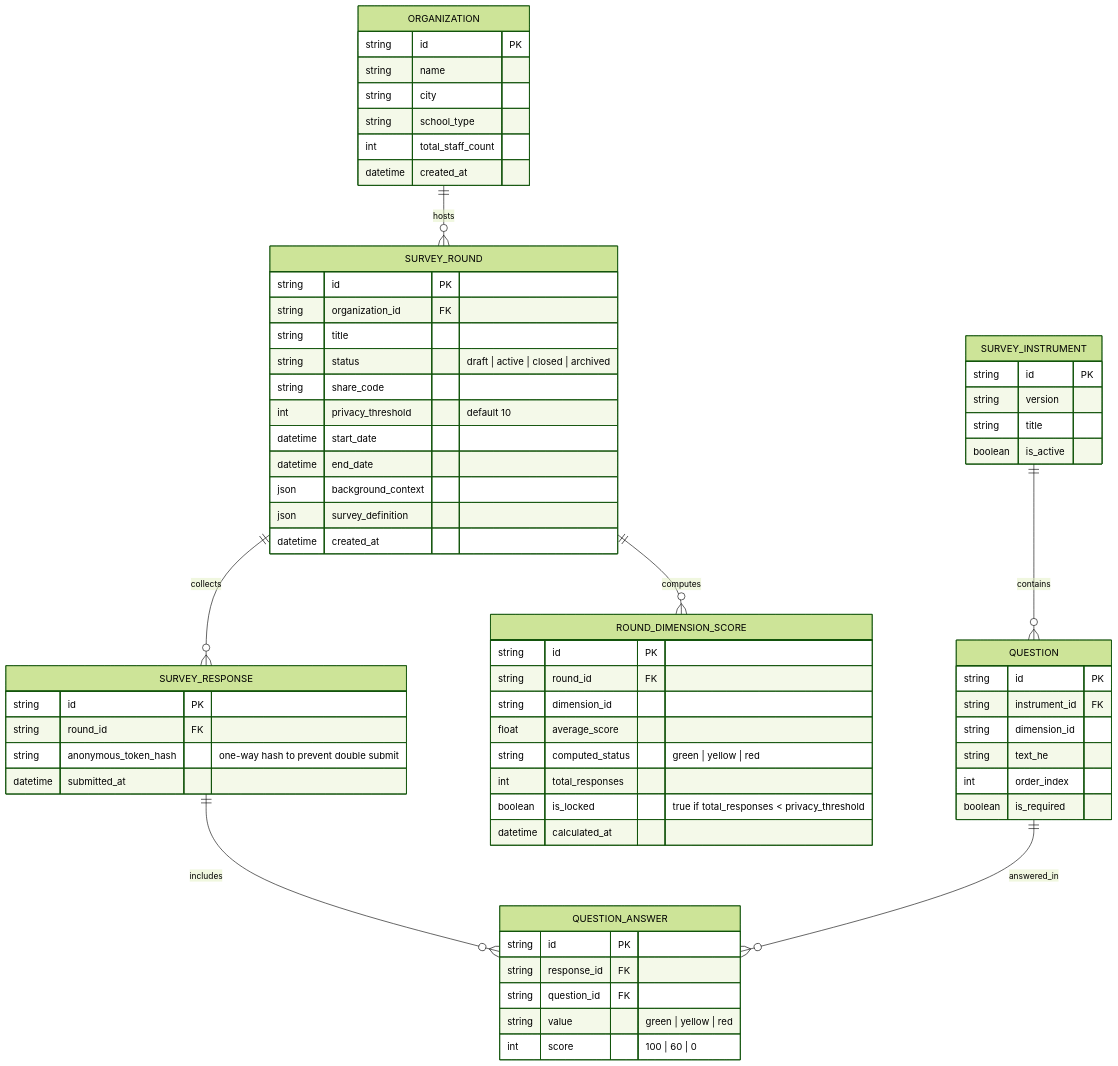
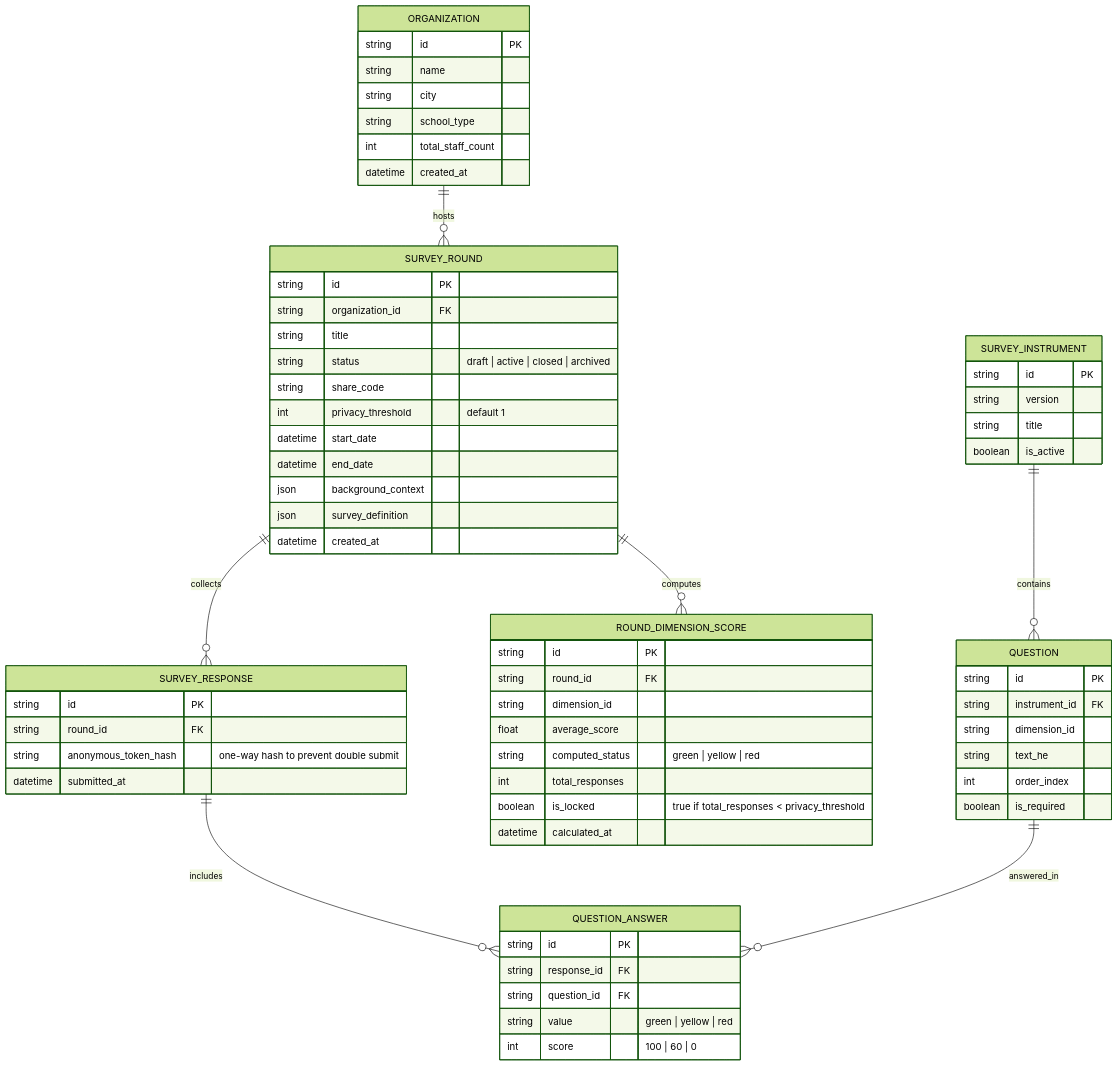
The diagram in docs/data-layer-and-backend-plan.md (shteynu/shalomut-map-demo), drawn with Mermaid (forest theme) before and after one commit. The commit also changed 59 other files, not shown here.

First line of the commit message:
feat: one-shot AI dispatch, empty-draft builder, contract 4.0 switch, privacy threshold 1 everywhere

````diff
--- a/docs/data-layer-and-backend-plan.md
+++ b/docs/data-layer-and-backend-plan.md
@@ -46,74 +46,74 @@
 ```mermaid
 erDiagram
     ORGANIZATION ||--o{ SURVEY_ROUND : hosts
     SURVEY_ROUND ||--o{ SURVEY_RESPONSE : collects
     SURVEY_ROUND ||--o{ ROUND_DIMENSION_SCORE : computes
     SURVEY_INSTRUMENT ||--o{ QUESTION : contains
     SURVEY_RESPONSE ||--o{ QUESTION_ANSWER : includes
     QUESTION ||--o{ QUESTION_ANSWER : answered_in
 
     ORGANIZATION {
         string id PK
         string name
         string city
         string school_type
         int total_staff_count
         datetime created_at
     }
 
     SURVEY_ROUND {
         string id PK
         string organization_id FK
         string title
         string status "draft | active | closed | archived"
         string share_code
-        int privacy_threshold "default 10"
+        int privacy_threshold "default 1"
         datetime start_date
         datetime end_date
         json background_context
         json survey_definition
         datetime created_at
     }
 
     SURVEY_INSTRUMENT {
         string id PK
         string version
         string title
         boolean is_active
     }
 
     QUESTION {
         string id PK
         string instrument_id FK
         string dimension_id
         string text_he
         int order_index
         boolean is_required
     }
 
     SURVEY_RESPONSE {
         string id PK
         string round_id FK
         string anonymous_token_hash "one-way hash to prevent double submit"
         datetime submitted_at
     }
 
     QUESTION_ANSWER {
         string id PK
         string response_id FK
         string question_id FK
         string value "green | yellow | red"
         int score "100 | 60 | 0"
     }
 
     ROUND_DIMENSION_SCORE {
         string id PK
         string round_id FK
         string dimension_id
         float average_score
         string computed_status "green | yellow | red"
         int total_responses
         boolean is_locked "true if total_responses < privacy_threshold"
         datetime calculated_at
     }
 ```
````
